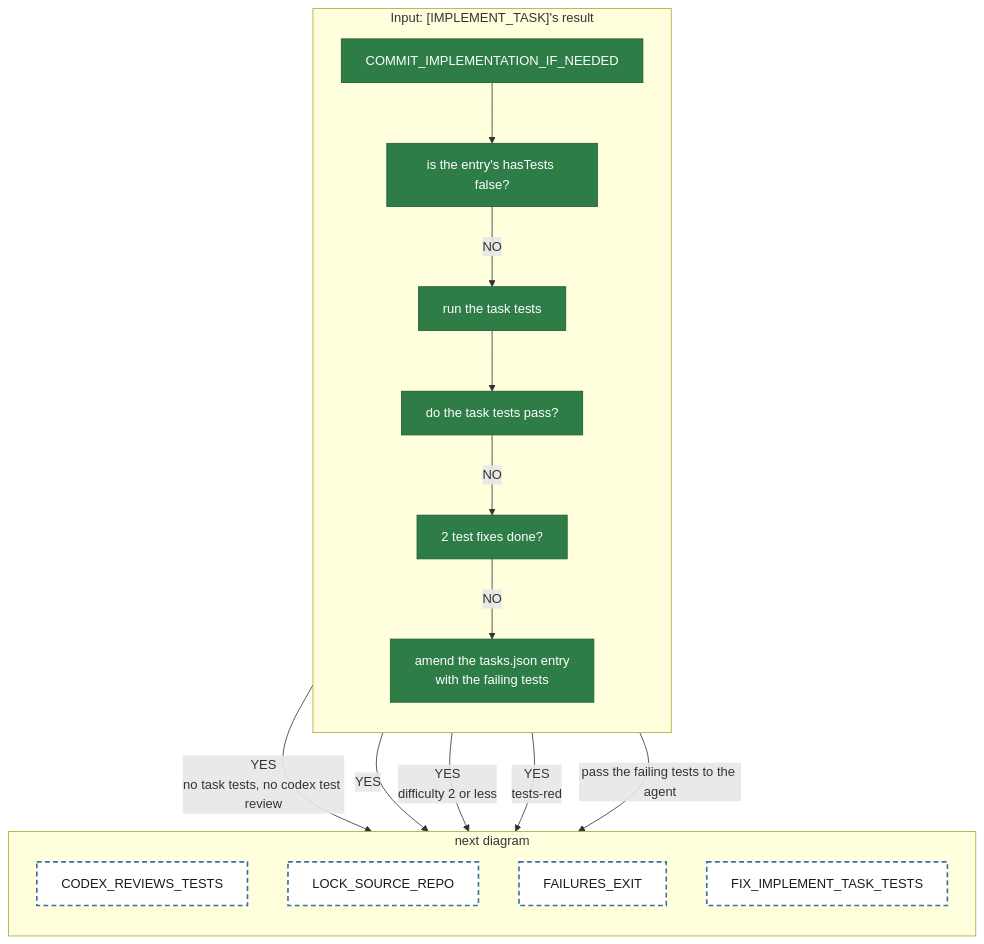
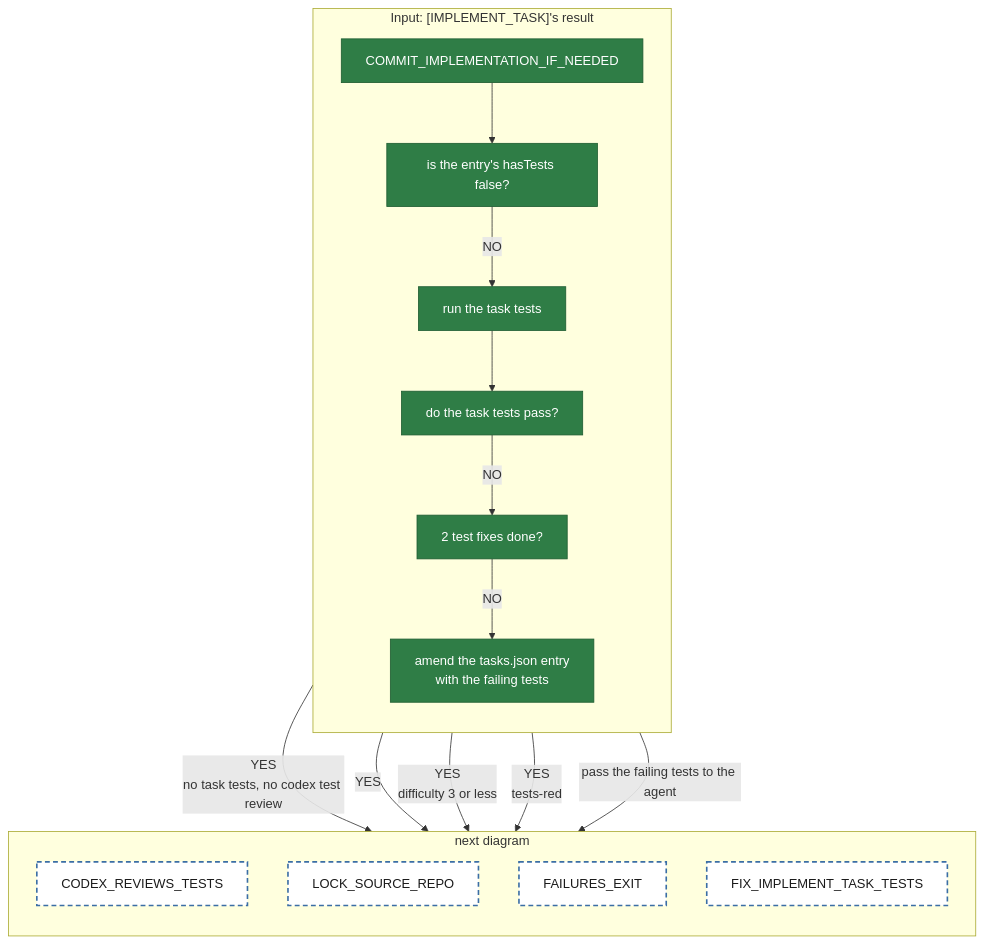
The diagram in diagrams/tackle-tasks/pipeline-commitImplementationIfNeeded.mmd (matkatmusic/taskTools), drawn with Mermaid before and after one commit. The commit also changed 26 other files, not shown here.

First line of the commit message:
refactor: update task difficulty handling and improve documentation

```diff
--- a/diagrams/tackle-tasks/pipeline-commitImplementationIfNeeded.mmd
+++ b/diagrams/tackle-tasks/pipeline-commitImplementationIfNeeded.mmd
@@ -1,39 +1,39 @@
 flowchart TB
 %% One agent() call. /run-step starts at COMMIT_IMPLEMENTATION_IF_NEEDED. Every path ends at an orange block or a dashed block.
 
   subgraph commitImplementationIfNeeded ["Input: [IMPLEMENT_TASK]'s result"]
     direction TB
     COMMIT_IMPLEMENTATION_IF_NEEDED["COMMIT_IMPLEMENTATION_IF_NEEDED"]
     ARE_TASK_TESTS_SKIPPED_Q["is the entry's hasTests false?"]
     RUN_TASK_TESTS["run the task tests"]
     DO_TASK_TESTS_PASS_Q["do the task tests pass?"]
     ARE_2_TEST_FIXES_DONE_Q["2 test fixes done?"]
     AMEND_ENTRY_WITH_FAILING_TESTS["amend the tasks.json entry<br/>with the failing tests"]
   end
   subgraph commitImplementationIfNeededNext ["next diagram"]
     direction TB
     CODEX_REVIEWS_TESTS["CODEX_REVIEWS_TESTS"]
     LOCK_SOURCE_REPO["LOCK_SOURCE_REPO"]
     FAILURES_EXIT["FAILURES_EXIT"]
     FIX_IMPLEMENT_TASK_TESTS["FIX_IMPLEMENT_TASK_TESTS"]
   end
   commitImplementationIfNeeded ~~~ commitImplementationIfNeededNext
 
   COMMIT_IMPLEMENTATION_IF_NEEDED --> ARE_TASK_TESTS_SKIPPED_Q
   ARE_TASK_TESTS_SKIPPED_Q -- "YES<br/>no task tests, no codex test review" --> LOCK_SOURCE_REPO
   ARE_TASK_TESTS_SKIPPED_Q -- "NO" --> RUN_TASK_TESTS
   RUN_TASK_TESTS --> DO_TASK_TESTS_PASS_Q
   DO_TASK_TESTS_PASS_Q -- "YES" --> CODEX_REVIEWS_TESTS
-  DO_TASK_TESTS_PASS_Q -- "YES<br/>difficulty 2 or less" --> LOCK_SOURCE_REPO
+  DO_TASK_TESTS_PASS_Q -- "YES<br/>difficulty 3 or less" --> LOCK_SOURCE_REPO
   DO_TASK_TESTS_PASS_Q -- "NO" --> ARE_2_TEST_FIXES_DONE_Q
   ARE_2_TEST_FIXES_DONE_Q -- "NO" --> AMEND_ENTRY_WITH_FAILING_TESTS
   ARE_2_TEST_FIXES_DONE_Q -- "YES<br/>tests-red" --> FAILURES_EXIT
   AMEND_ENTRY_WITH_FAILING_TESTS -- "pass the failing tests to the agent" --> FIX_IMPLEMENT_TASK_TESTS
 
   classDef script fill:#2f7d46,stroke:#1e5c31,color:#ffffff
   classDef returns_a_prompt fill:#e07b39,stroke:#a8541f,color:#1a1a1a
   classDef fail fill:red,stroke:#254a70,color:#ffffff
   classDef output fill:#3b6ea5,stroke:#254a70,color:#ffffff
   classDef next_diagram fill:#ffffff,stroke:#3b6ea5,stroke-width:2px,stroke-dasharray:6 4,color:#1a1a1a
   class COMMIT_IMPLEMENTATION_IF_NEEDED,ARE_TASK_TESTS_SKIPPED_Q,RUN_TASK_TESTS,DO_TASK_TESTS_PASS_Q,ARE_2_TEST_FIXES_DONE_Q,AMEND_ENTRY_WITH_FAILING_TESTS script
   class CODEX_REVIEWS_TESTS,LOCK_SOURCE_REPO,FAILURES_EXIT,FIX_IMPLEMENT_TASK_TESTS next_diagram
```
